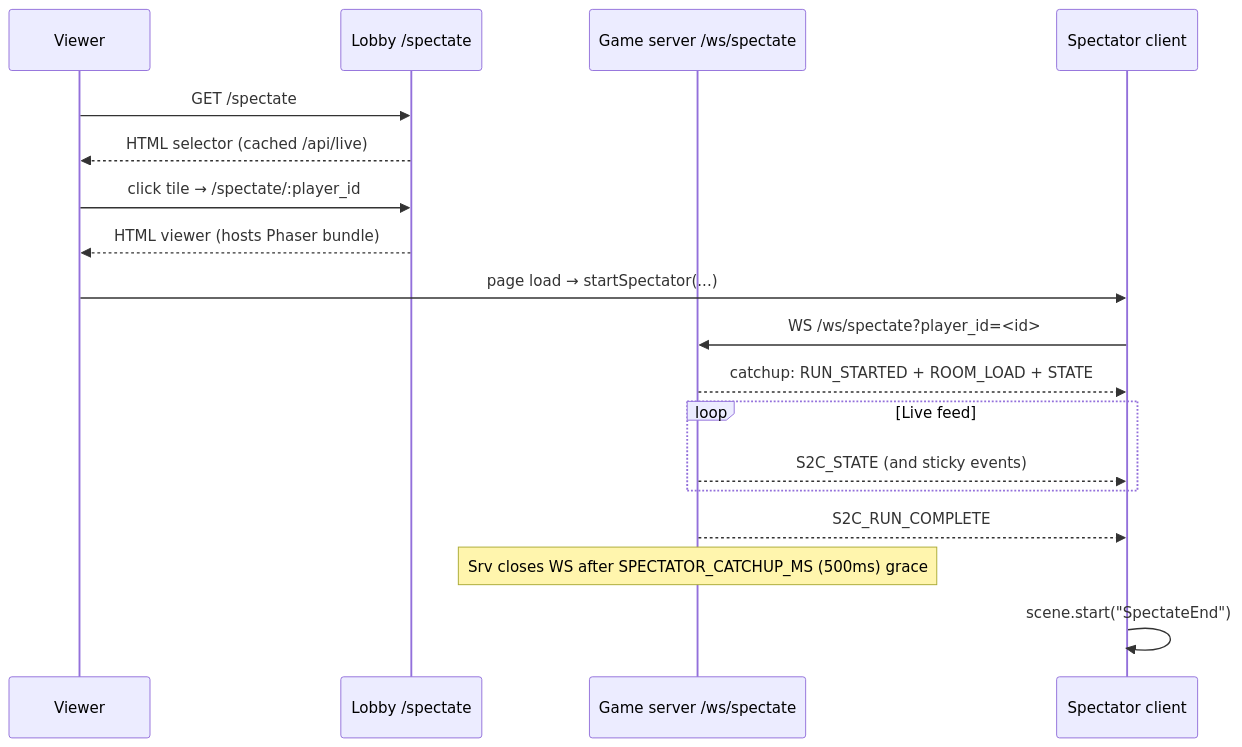
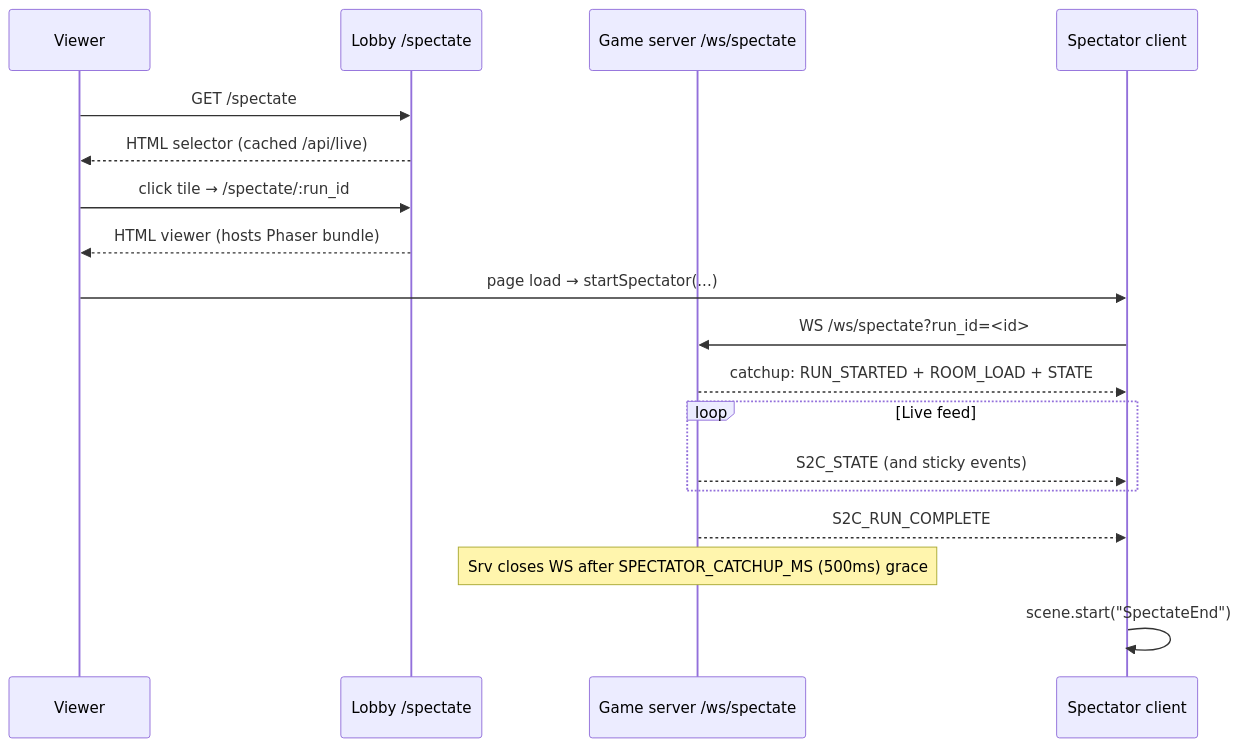
One commit to NUSGreyhats/dcsg-vibecat-404 changed the third of 3 diagrams in docs/specs/client/09-spectator-mode.md. Above: the diagram before and after it, drawn with Mermaid. The commit also changed other lines of this file and 10 other files, not shown here.

````diff
--- a/docs/specs/client/09-spectator-mode.md
+++ b/docs/specs/client/09-spectator-mode.md
@@ -176,21 +176,21 @@
 ```mermaid
 sequenceDiagram
     participant User as Viewer
     participant Lobby as Lobby /spectate
     participant Srv as Game server /ws/spectate
     participant Client as Spectator client
 
     User->>Lobby: GET /spectate
     Lobby-->>User: HTML selector (cached /api/live)
-    User->>Lobby: click tile → /spectate/:player_id
+    User->>Lobby: click tile → /spectate/:run_id
     Lobby-->>User: HTML viewer (hosts Phaser bundle)
     User->>Client: page load → startSpectator(...)
-    Client->>Srv: WS /ws/spectate?player_id=<id>
+    Client->>Srv: WS /ws/spectate?run_id=<id>
     Srv-->>Client: catchup: RUN_STARTED + ROOM_LOAD + STATE
     loop Live feed
         Srv-->>Client: S2C_STATE (and sticky events)
     end
     Srv-->>Client: S2C_RUN_COMPLETE
     Note over Srv: Srv closes WS after SPECTATOR_CATCHUP_MS (500ms) grace
     Client->>Client: scene.start("SpectateEnd")
 ```
````
